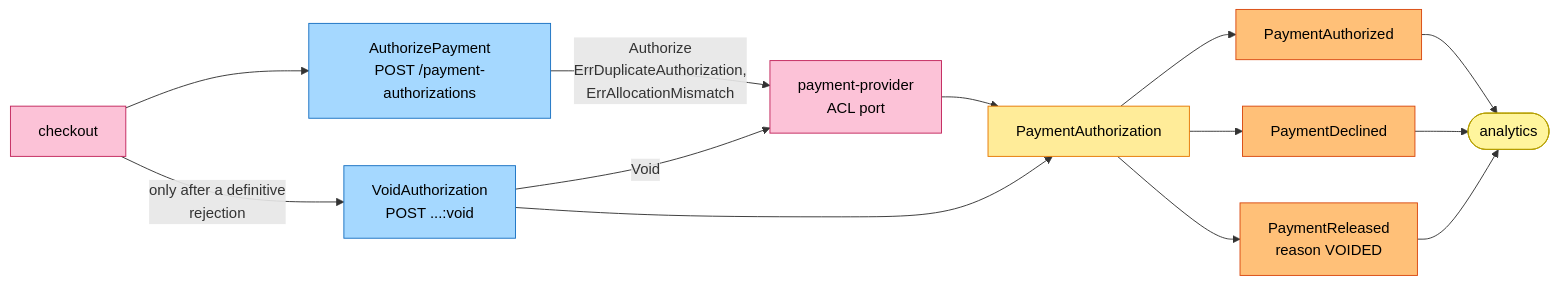
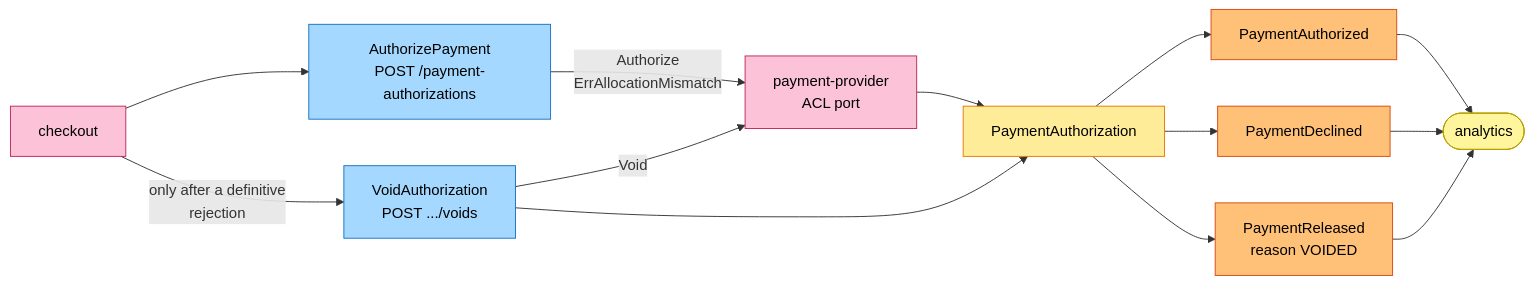
The first of 5 diagrams in storefront/docs/contexts/customer-payments/eventstorming.md (IQVO/warehouse-docs), drawn with Mermaid before and after one commit. The commit also changed 12 other files, not shown here.

Commit message:
docs(storefront): customer-payments pack follows the ruling (sequential second authorize is 200, duplicate-authorization only on the concurrent race) and current void route

````diff
--- a/storefront/docs/contexts/customer-payments/eventstorming.md
+++ b/storefront/docs/contexts/customer-payments/eventstorming.md
@@ -37,31 +37,31 @@
 ```mermaid
 flowchart LR
     CK["checkout"]:::external
     C0["AuthorizePayment<br/>POST /payment-authorizations"]:::command
-    C1["VoidAuthorization<br/>POST ...:void"]:::command
+    C1["VoidAuthorization<br/>POST .../voids"]:::command
     PSP["payment-provider<br/>ACL port"]:::external
     G1["PaymentAuthorization"]:::aggregate
     E1["PaymentAuthorized"]:::event
     E2["PaymentDeclined"]:::event
     E3["PaymentReleased<br/>reason VOIDED"]:::event
     AN([analytics]):::actor
 
     CK --> C0
     CK -->|only after a definitive<br/>rejection| C1
-    C0 -->|Authorize<br/>ErrDuplicateAuthorization,<br/>ErrAllocationMismatch| PSP
+    C0 -->|Authorize<br/>ErrAllocationMismatch| PSP
     PSP --> G1
     C1 -->|Void| PSP
     C1 --> G1
     G1 --> E1
     G1 --> E2
     G1 --> E3
     E1 --> AN
     E2 --> AN
     E3 --> AN
 
     classDef actor fill:#fff59d,stroke:#b59f00,color:#000
     classDef command fill:#a5d8ff,stroke:#1971c2,color:#000
     classDef aggregate fill:#ffec99,stroke:#e67700,color:#000
     classDef event fill:#ffc078,stroke:#d9480f,color:#000
     classDef external fill:#fcc2d7,stroke:#c2255c,color:#000
 ```
````
